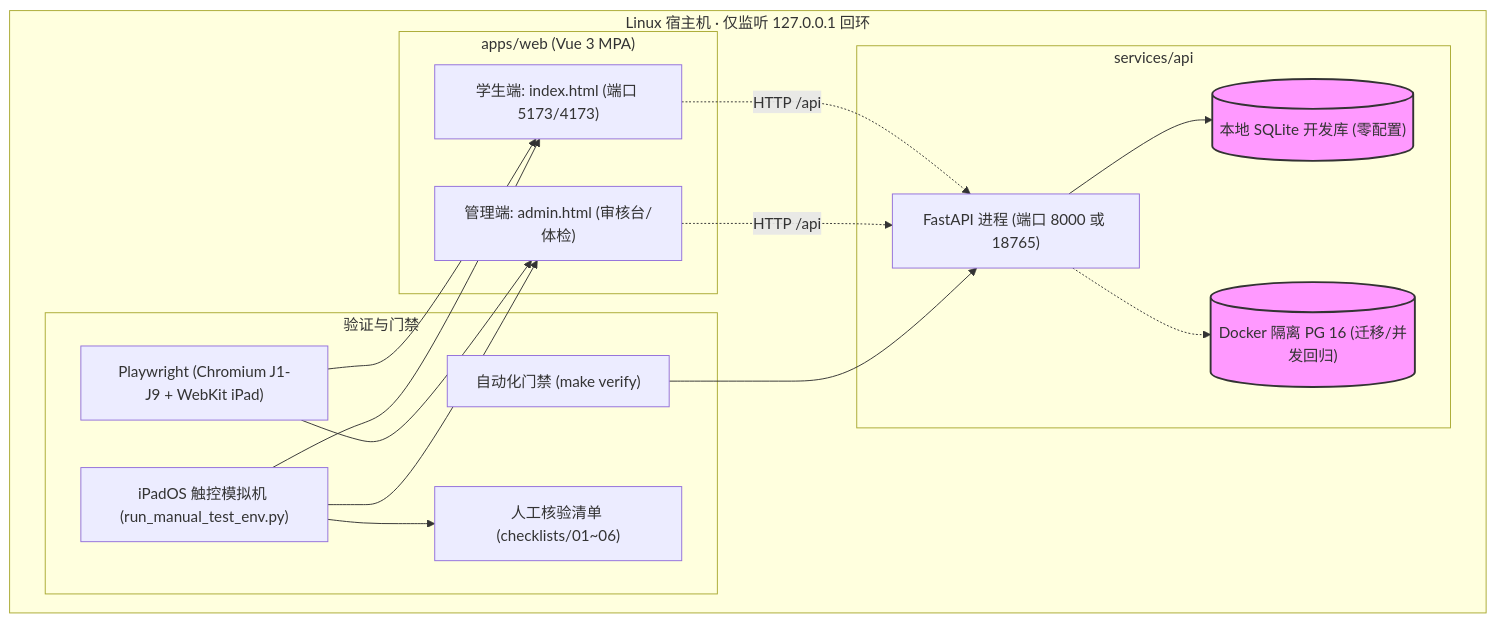
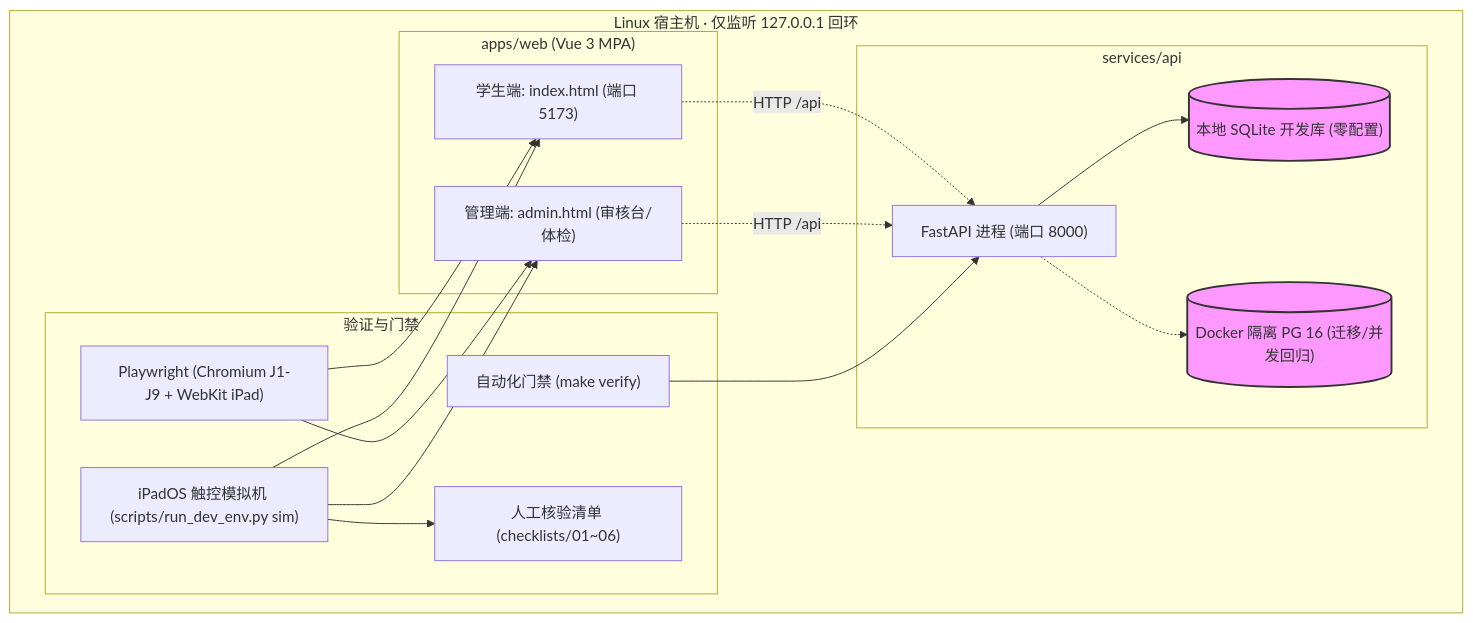
Before and after one commit to xman900719/pageboy: the diagram in docs/assets/diagrams/development-topology.mmd, drawn with Mermaid. The commit also changed 79 other files, not shown here.

```diff
--- a/docs/assets/diagrams/development-topology.mmd
+++ b/docs/assets/diagrams/development-topology.mmd
@@ -1,31 +1,31 @@
 flowchart TB
     subgraph 开发者宿主机 ["Linux 宿主机 · 仅监听 127.0.0.1 回环"]
         subgraph 后端服务 ["services/api"]
-            FASTAPI["FastAPI 进程 (端口 8000 或 18765)"]
+            FASTAPI["FastAPI 进程 (端口 8000)"]
             SQLITE[("本地 SQLite 开发库 (零配置)")]:::db
             DOCKER_PG[("Docker 隔离 PG 16 (迁移/并发回归)")]:::db
             FASTAPI --> SQLITE
             FASTAPI -.-> DOCKER_PG
         end
 
         subgraph 前端应用 ["apps/web (Vue 3 MPA)"]
-            STUDENT["学生端: index.html (端口 5173/4173)"]
+            STUDENT["学生端: index.html (端口 5173)"]
             ADMIN["管理端: admin.html (审核台/体检)"]
         end
 
         subgraph 验证与门禁
             VERIFY["自动化门禁 (make verify)"]
             PLAYWRIGHT["Playwright (Chromium J1-J9 + WebKit iPad)"]
-            SIMULATOR["iPadOS 触控模拟机 (run_manual_test_env.py)"]
+            SIMULATOR["iPadOS 触控模拟机 (scripts/run_dev_env.py sim)"]
             CHECKLIST["人工核验清单 (checklists/01~06)"]
         end
     end
 
     STUDENT -.->|HTTP /api| FASTAPI
     ADMIN -.->|HTTP /api| FASTAPI
     VERIFY --> FASTAPI
     PLAYWRIGHT --> STUDENT & ADMIN
     SIMULATOR --> STUDENT & ADMIN
     SIMULATOR --> CHECKLIST
 
     classDef db fill:#f9f,stroke:#333,stroke-width:2px;
```
